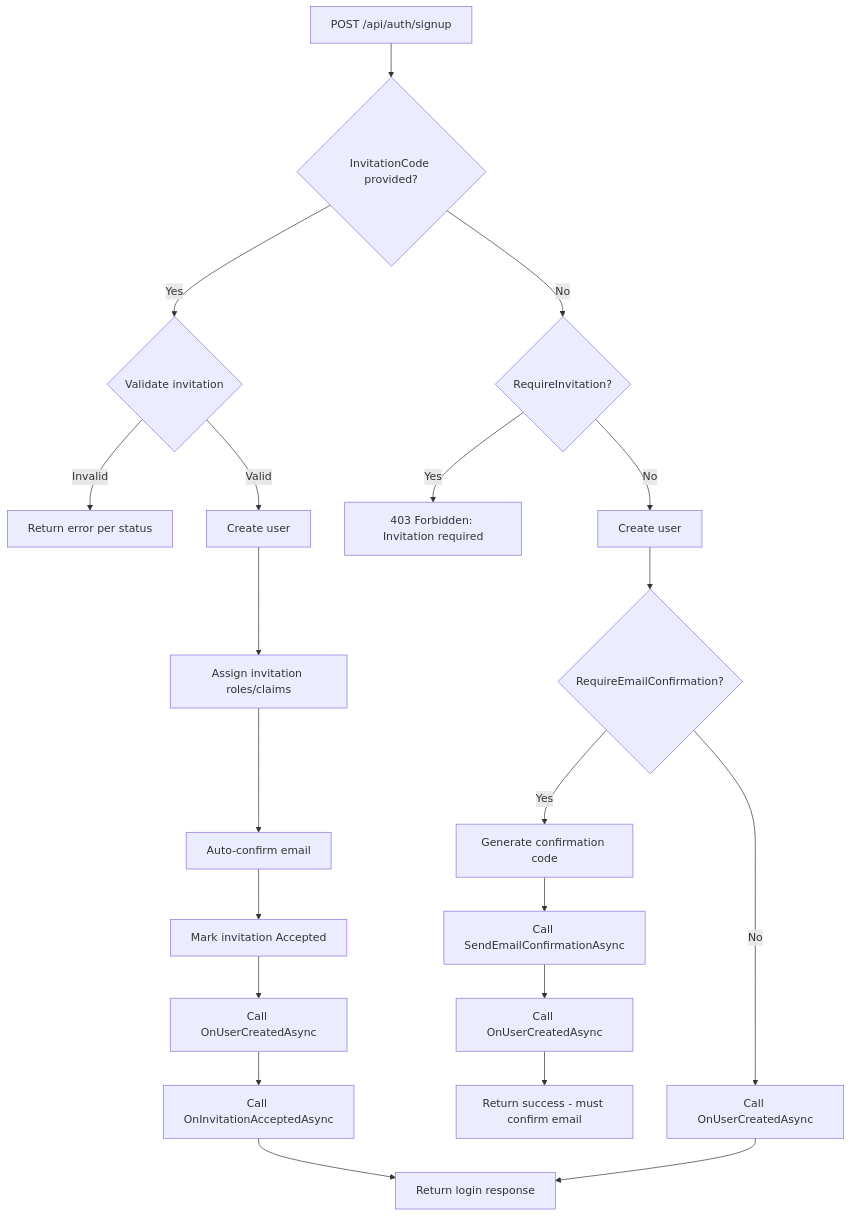
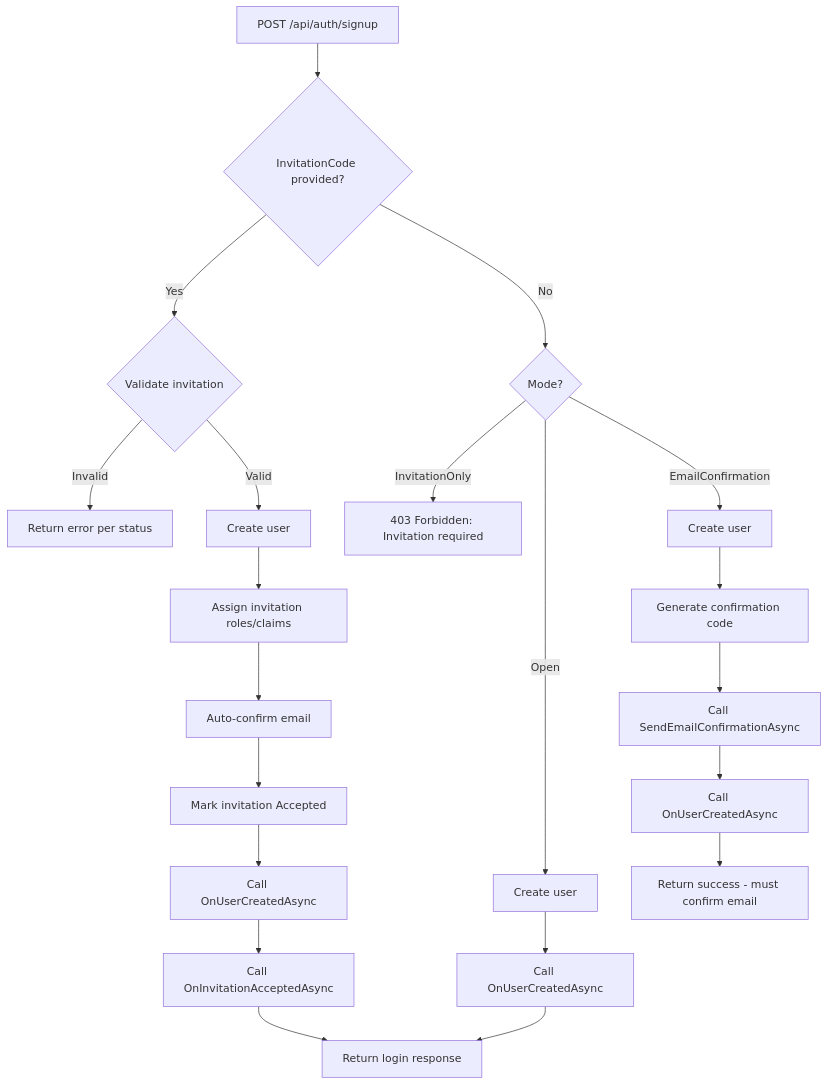
Before and after one commit to jcoliz/NuxtIdentity: the diagram in docs/wip/PRD-REGISTRATION.md, drawn with Mermaid. The commit also changed other lines of this file and 2 other files, not shown here.

````diff
--- a/docs/wip/PRD-REGISTRATION.md
+++ b/docs/wip/PRD-REGISTRATION.md
@@ -226,23 +276,23 @@
 ```mermaid
 flowchart TD
     A[POST /api/auth/signup] --> B{InvitationCode provided?}
     B -->|Yes| C{Validate invitation}
     C -->|Invalid| D[Return error per status]
     C -->|Valid| E[Create user]
     E --> F[Assign invitation roles/claims]
     F --> G[Auto-confirm email]
     G --> H[Mark invitation Accepted]
     H --> I[Call OnUserCreatedAsync]
     I --> J[Call OnInvitationAcceptedAsync]
     J --> K[Return login response]
-    B -->|No| L{RequireInvitation?}
-    L -->|Yes| M[403 Forbidden: Invitation required]
-    L -->|No| N[Create user]
-    N --> O{RequireEmailConfirmation?}
-    O -->|Yes| P[Generate confirmation code]
+    B -->|No| L{Mode?}
+    L -->|InvitationOnly| M[403 Forbidden: Invitation required]
+    L -->|Open| N1[Create user]
+    N1 --> T[Call OnUserCreatedAsync]
+    T --> K
+    L -->|EmailConfirmation| N2[Create user]
+    N2 --> P[Generate confirmation code]
     P --> Q[Call SendEmailConfirmationAsync]
     Q --> R[Call OnUserCreatedAsync]
     R --> S[Return success - must confirm email]
-    O -->|No| T[Call OnUserCreatedAsync]
-    T --> K
 ```
````
